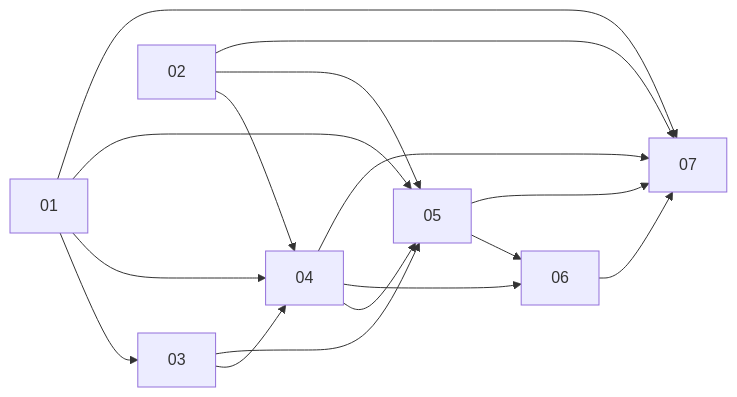
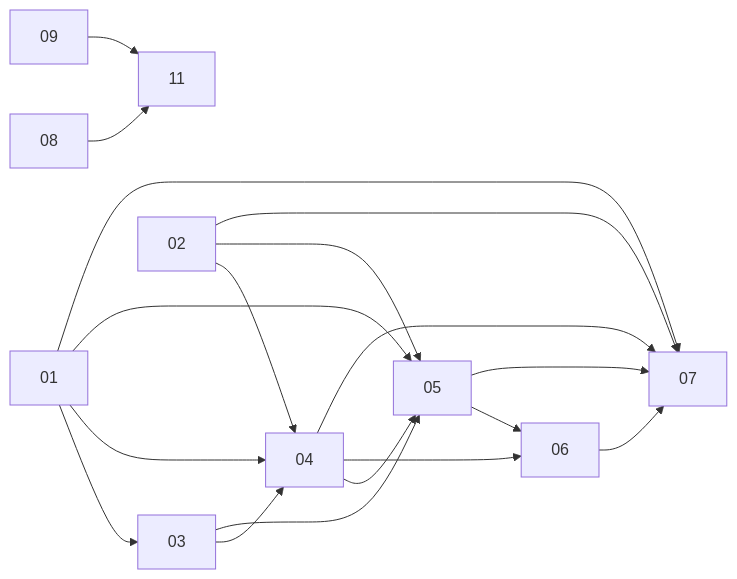
The diagram in docs/agent_files/feat-pvp-20261028-1435/README.md (tejitpabari99/node-arena), drawn with Mermaid before and after one commit. The commit also changed other lines of this file and 79 other files, not shown here.

````diff
--- a/docs/agent_files/feat-pvp-20261028-1435/README.md
+++ b/docs/agent_files/feat-pvp-20261028-1435/README.md
@@ -24,18 +28,20 @@
 ```mermaid
 graph LR
   01 --> 03
   01 --> 04
   01 --> 05
   02 --> 04
   02 --> 05
   03 --> 04
   03 --> 05
   04 --> 05
   04 --> 06
   05 --> 06
   01 --> 07
   02 --> 07
   04 --> 07
   05 --> 07
   06 --> 07
+  08 --> 11
+  09 --> 11
 ```
````
